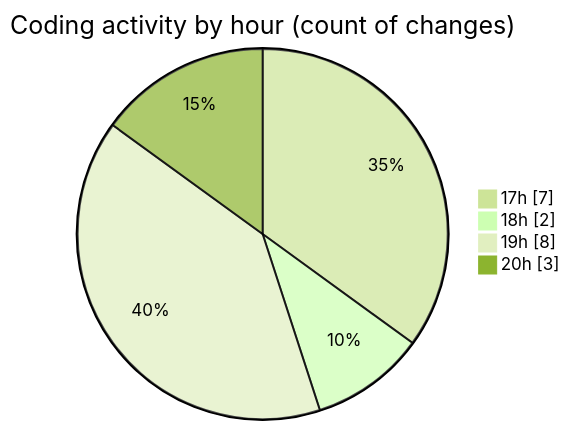
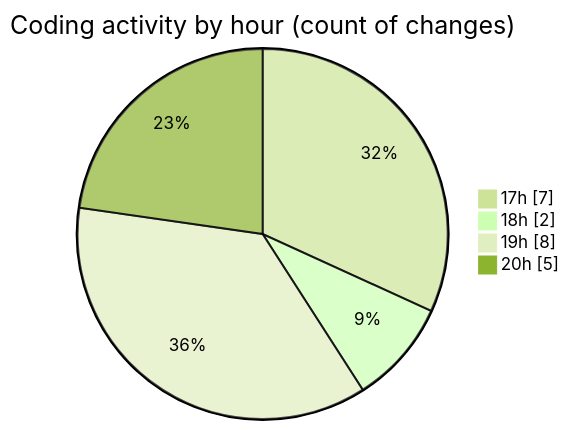
Before and after one commit to MatusMokan/code-tracking: the second of 2 diagrams in 2025-01-12/myws__workspace_/README.md, drawn with Mermaid (forest theme). The commit also changed other lines of this file and 1 other file, not shown here.

````diff
--- a/2025-01-12/myws__workspace_/README.md
+++ b/2025-01-12/myws__workspace_/README.md
@@ -29,8 +29,8 @@
 ```mermaid
 pie showData
 title Coding activity by hour (count of changes)
 "17h" : 7
 "18h" : 2
 "19h" : 8
-"20h" : 3
+"20h" : 5
 ```
````
